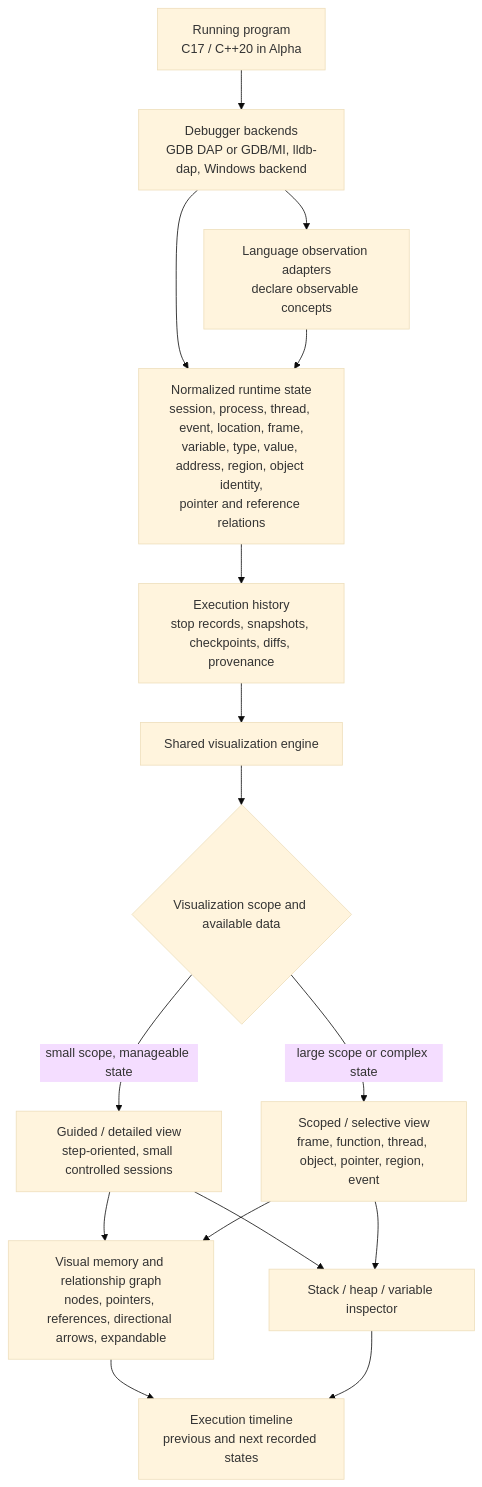
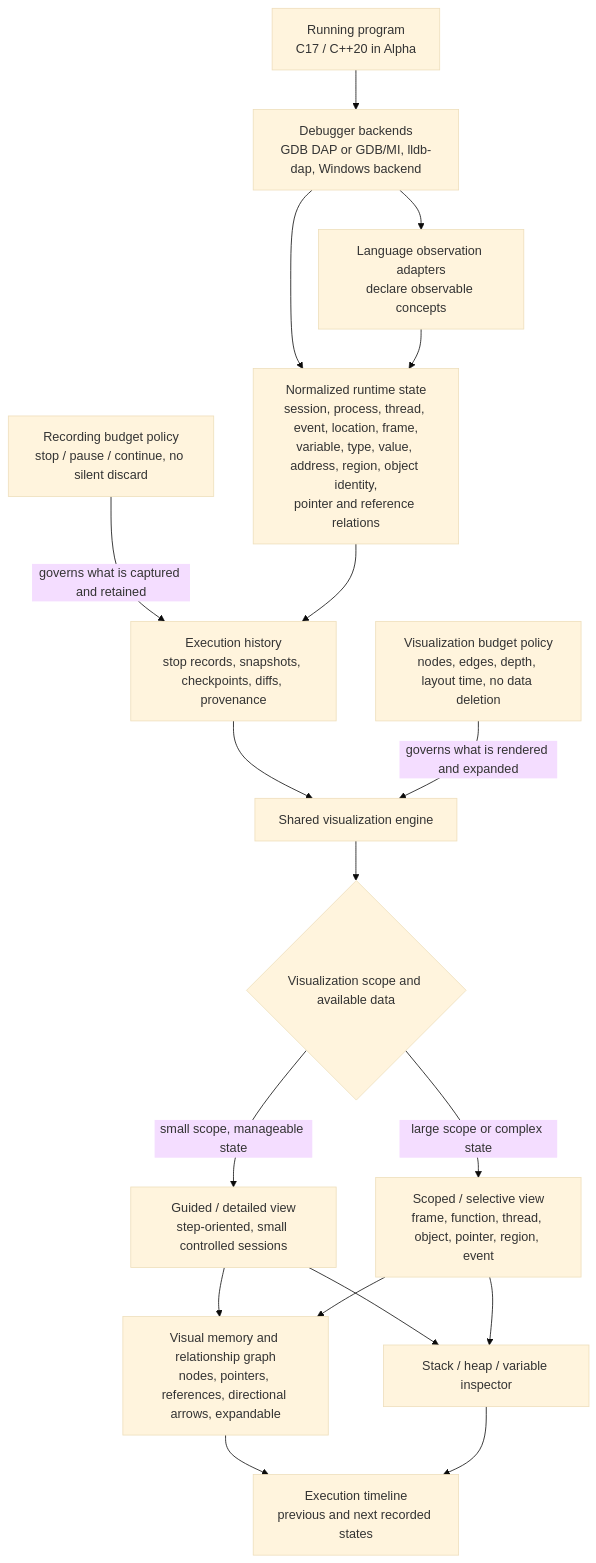
One commit to SoufianoDev/aveloop changed the third of 3 diagrams in specs/001-ave-loop-alpha/complete.md. Above: the diagram before and after it, drawn with Mermaid (base theme). The commit also changed other lines of this file and 4 other files, not shown here.

First line of the commit message:
docs(spec): separate visualization budgets from recording budgets

````diff
--- a/specs/001-ave-loop-alpha/complete.md
+++ b/specs/001-ave-loop-alpha/complete.md
@@ -1152,31 +1185,35 @@
 ```mermaid
 flowchart TB
     PROGRAM["Running program<br/>C17 / C++20 in Alpha"]
     BACKEND["Debugger backends<br/>GDB DAP or GDB/MI, lldb-dap, Windows backend"]
     ADAPTER["Language observation adapters<br/>declare observable concepts"]
     NORMALIZER["Normalized runtime state<br/>session, process, thread, event, location, frame,<br/>variable, type, value, address, region, object identity,<br/>pointer and reference relations"]
     HISTORY["Execution history<br/>stop records, snapshots, checkpoints, diffs, provenance"]
     ENGINE["Shared visualization engine"]
+    REC["Recording budget policy<br/>stop / pause / continue, no silent discard"]
+    VIS["Visualization budget policy<br/>nodes, edges, depth, layout time, no data deletion"]
     ROUTER{"Visualization scope and available data"}
     GUIDED["Guided / detailed view<br/>step-oriented, small controlled sessions"]
     SCOPED["Scoped / selective view<br/>frame, function, thread, object, pointer, region, event"]
     GRAPH["Visual memory and relationship graph<br/>nodes, pointers, references, directional arrows, expandable"]
     INSPECTOR["Stack / heap / variable inspector"]
     NAV["Execution timeline<br/>previous and next recorded states"]
 
     PROGRAM --> BACKEND
     BACKEND --> NORMALIZER
     BACKEND --> ADAPTER
     ADAPTER --> NORMALIZER
+    REC -->|"governs what is captured and retained"| HISTORY
     NORMALIZER --> HISTORY
     HISTORY --> ENGINE
+    VIS -->|"governs what is rendered and expanded"| ENGINE
     ENGINE --> ROUTER
     ROUTER -->|"small scope, manageable state"| GUIDED
     ROUTER -->|"large scope or complex state"| SCOPED
     GUIDED --> GRAPH
     GUIDED --> INSPECTOR
     SCOPED --> GRAPH
     SCOPED --> INSPECTOR
     GRAPH --> NAV
     INSPECTOR --> NAV
 ```
````
